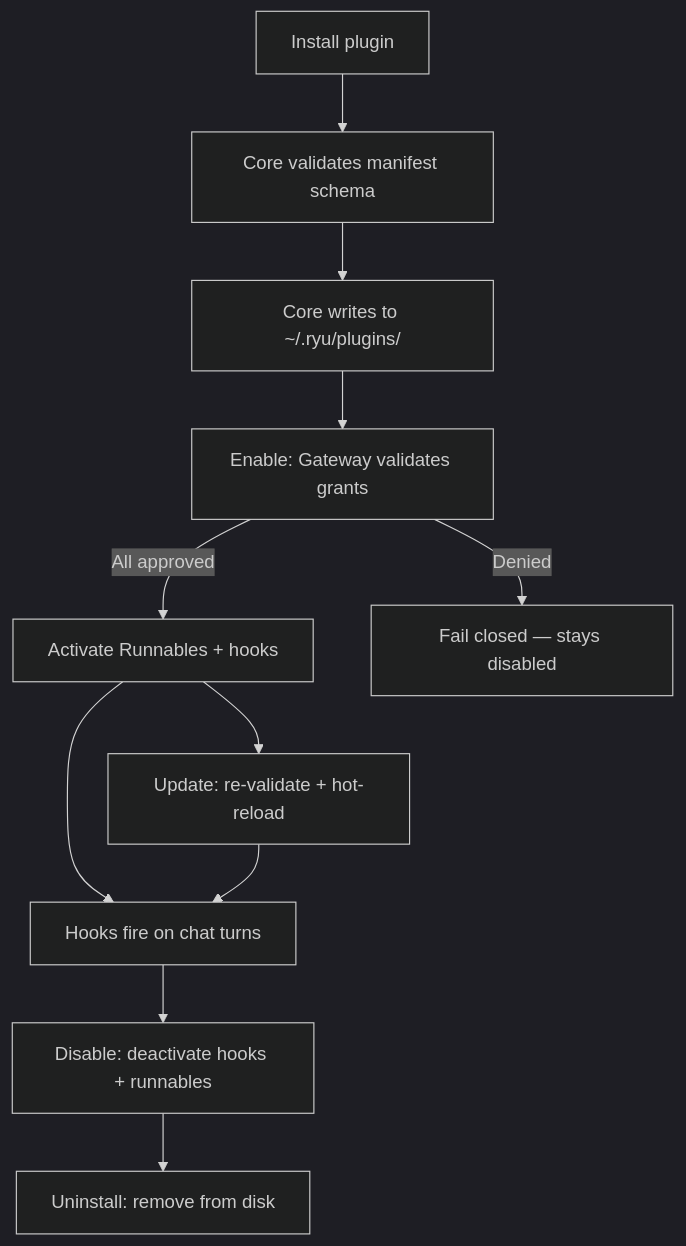
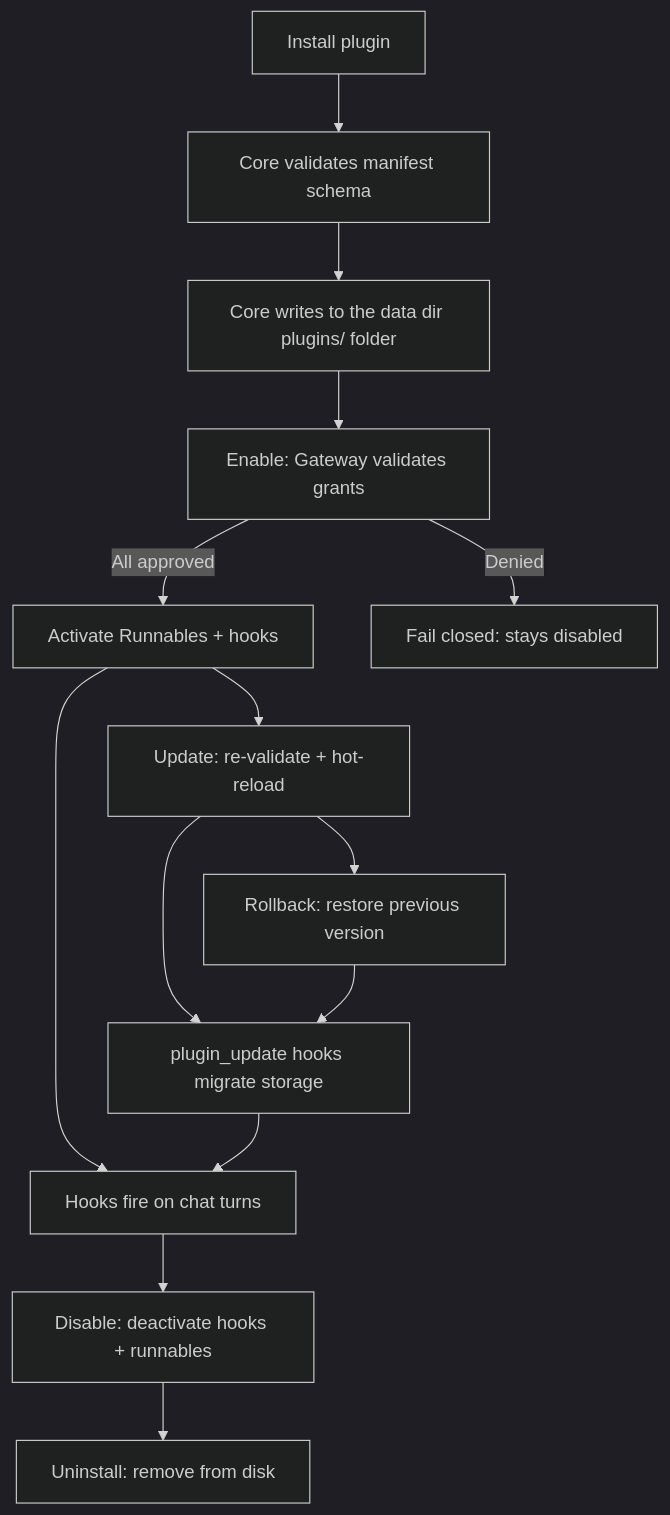
One commit to amajorai/ryu-docs changed the diagram in content/docs/extend/develop/extensions/hooks-lifecycle.mdx. Above: the diagram before and after it, drawn with Mermaid (dark theme). The commit also changed other lines of this file and 2538 other files, not shown here.

````diff
--- a/content/docs/extend/develop/extensions/hooks-lifecycle.mdx
+++ b/content/docs/extend/develop/extensions/hooks-lifecycle.mdx
@@ -16,13 +14,16 @@
 ```mermaid
 flowchart TD
   A[Install plugin] --> B[Core validates manifest schema]
-  B --> C[Core writes to ~/.ryu/plugins/]
+  B --> C[Core writes to the data dir plugins/ folder]
   C --> D[Enable: Gateway validates grants]
   D -->|All approved| E[Activate Runnables + hooks]
-  D -->|Denied| F[Fail closed — stays disabled]
+  D -->|Denied| F[Fail closed: stays disabled]
   E --> G[Hooks fire on chat turns]
   G --> H[Disable: deactivate hooks + runnables]
   H --> I[Uninstall: remove from disk]
   E --> J[Update: re-validate + hot-reload]
-  J --> G
+  J --> K[plugin_update hooks migrate storage]
+  K --> G
+  J --> L[Rollback: restore previous version]
+  L --> K
 ```
````
